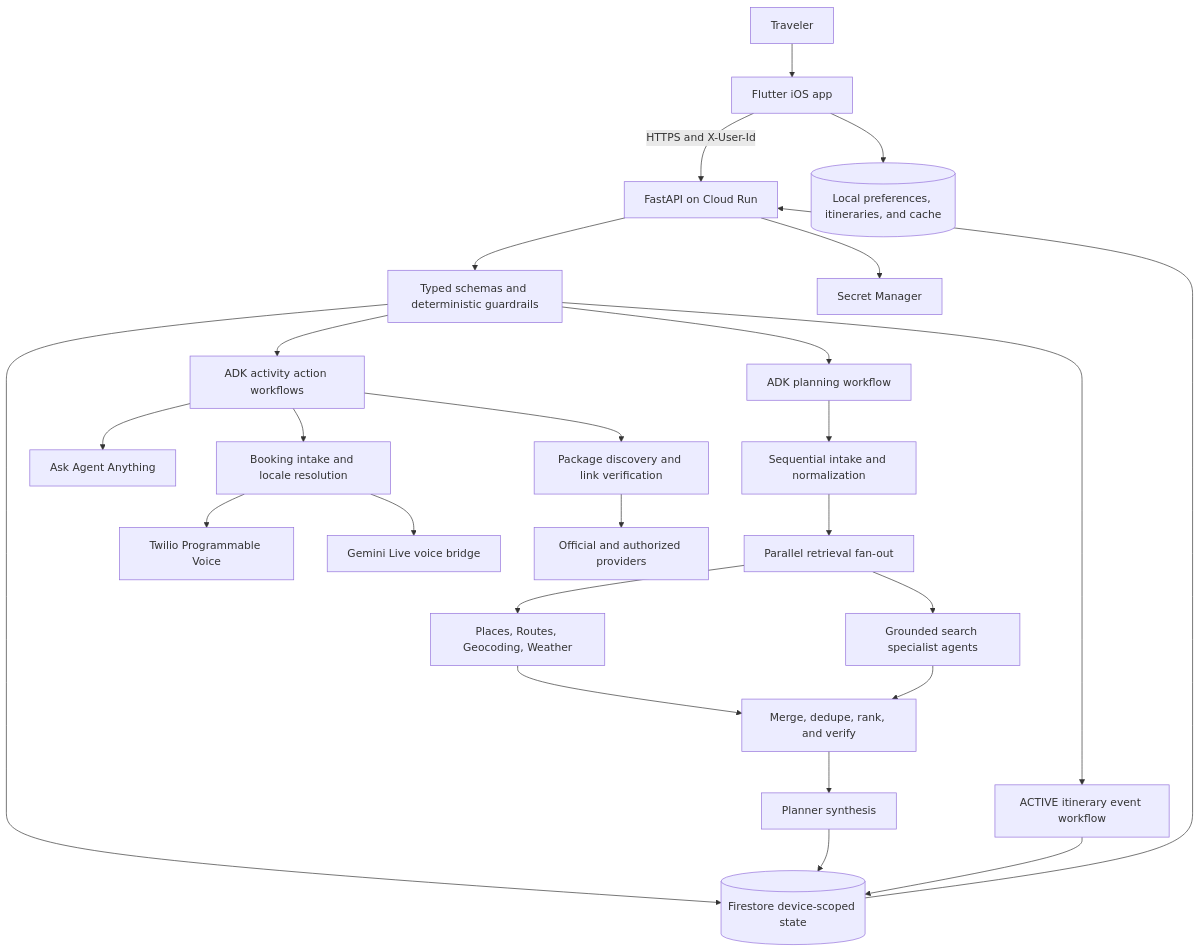
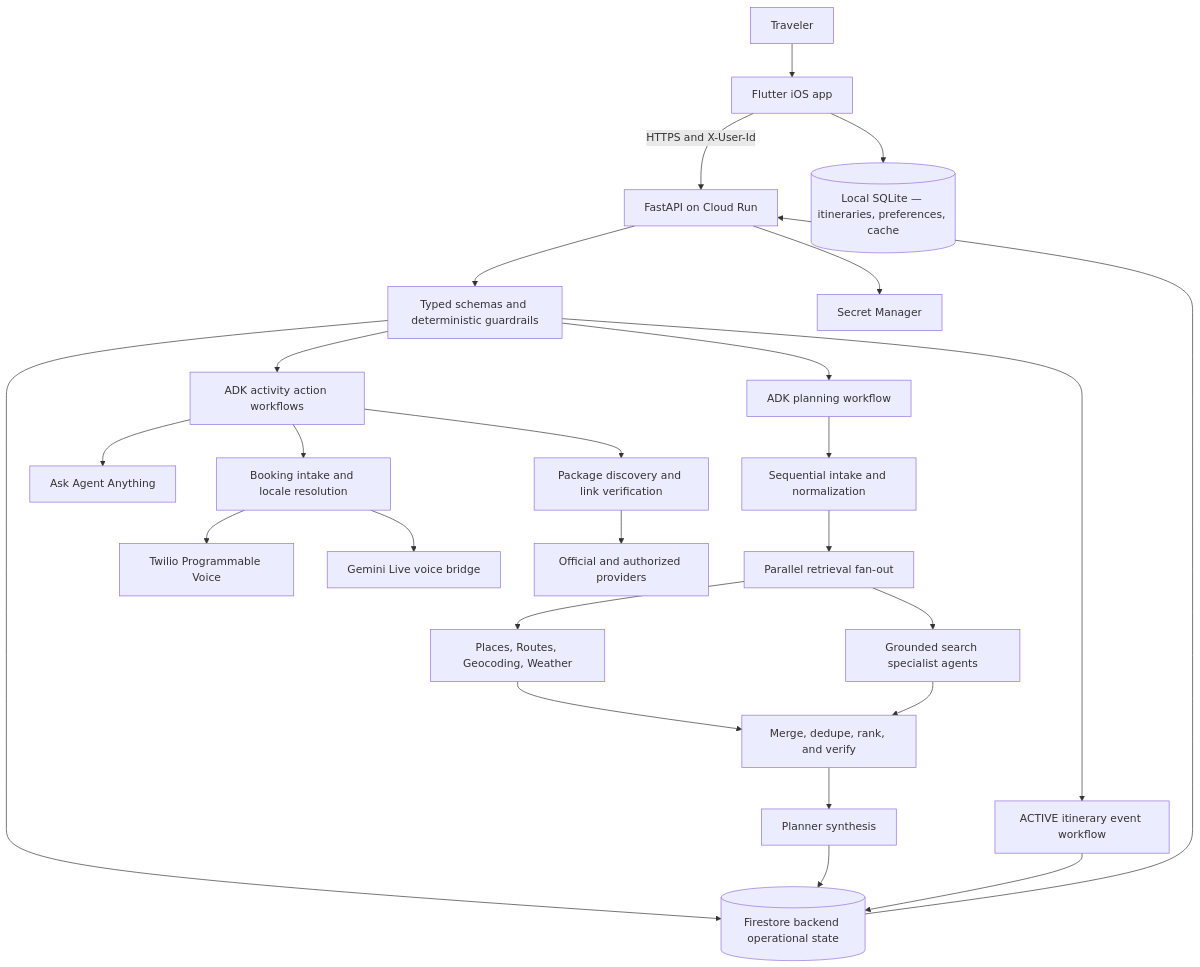
One commit to Tyruxx/wanderlust-project changed the first of 2 diagrams in README.md. Above: the diagram before and after it, drawn with Mermaid.

Commit message:
docs: relabel diagram Firestore as backend operational state, Local as SQLite

````diff
--- a/README.md
+++ b/README.md
@@ -55,34 +55,34 @@
 ```mermaid
 flowchart TB
     User[Traveler] --> Flutter[Flutter iOS app]
     Flutter -->|HTTPS and X-User-Id| API[FastAPI on Cloud Run]
 
     API --> Guards[Typed schemas and deterministic guardrails]
     Guards --> Planner[ADK planning workflow]
     Guards --> Actions[ADK activity action workflows]
     Guards --> Active[ACTIVE itinerary event workflow]
 
     Planner --> Intake[Sequential intake and normalization]
     Intake --> Retrieval[Parallel retrieval fan-out]
     Retrieval --> Maps[Places, Routes, Geocoding, Weather]
     Retrieval --> Search[Grounded search specialist agents]
     Maps --> Verify[Merge, dedupe, rank, and verify]
     Search --> Verify
     Verify --> Synthesis[Planner synthesis]
 
     Actions --> Ask[Ask Agent Anything]
     Actions --> Packages[Package discovery and link verification]
     Actions --> Booking[Booking intake and locale resolution]
 
     Booking --> Twilio[Twilio Programmable Voice]
     Booking --> Live[Gemini Live voice bridge]
     Packages --> Providers[Official and authorized providers]
 
-    Guards --> Firestore[(Firestore device-scoped state)]
+    Guards --> Firestore[(Firestore backend operational state)]
     Synthesis --> Firestore
     Active --> Firestore
     Firestore --> API
 
     API --> Secrets[Secret Manager]
-    Flutter --> Local[(Local preferences, itineraries, and cache)]
+    Flutter --> Local[(Local SQLite — itineraries, preferences, cache)]
 ```
````
